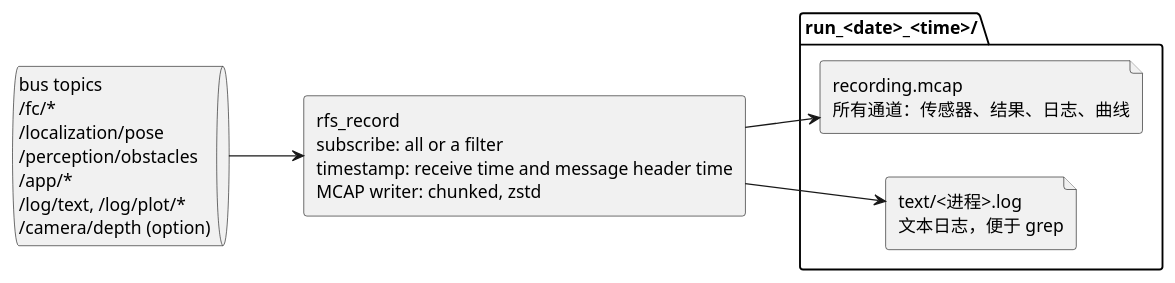
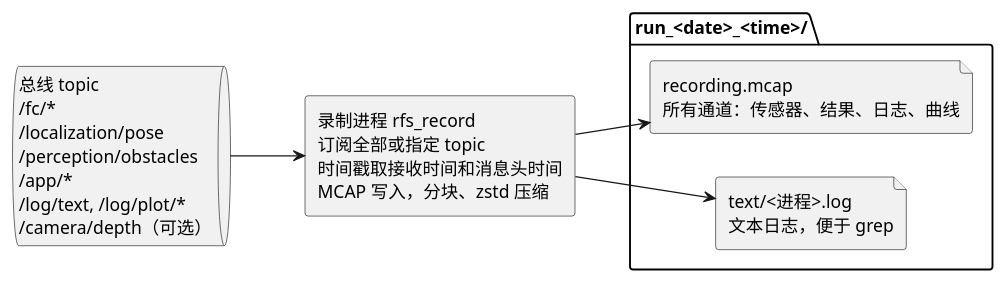
One commit to ravii/ruhnix-flight-system changed the diagram in docs/diagrams/applog-recording.puml. Above: the diagram before and after it, drawn with PlantUML. The commit also changed 12 other files, not shown here.

First line of the commit message:
docs: Chinese PlantUML diagrams without ":" in element names

```diff
--- a/docs/diagrams/applog-recording.puml
+++ b/docs/diagrams/applog-recording.puml
@@ -1,17 +1,17 @@
 @startuml
 ' rfs-diagram: applog-recording
 skinparam componentStyle rectangle
 skinparam shadowing false
 
 left to right direction
-queue "bus topics\n/fc/*\n/localization/pose\n/perception/obstacles\n/app/*\n/log/text, /log/plot/*\n/camera/depth (option)" as TOPICS
-component "rfs_record\nsubscribe: all or a filter\ntimestamp: receive time and message header time\nMCAP writer: chunked, zstd" as REC
+queue "总线 topic\n/fc/*\n/localization/pose\n/perception/obstacles\n/app/*\n/log/text, /log/plot/*\n/camera/depth（可选）" as TOPICS
+component "录制进程 rfs_record\n订阅全部或指定 topic\n时间戳取接收时间和消息头时间\nMCAP 写入，分块、zstd 压缩" as REC
 folder "run_<date>_<time>/" {
   file "recording.mcap\n所有通道：传感器、结果、日志、曲线" as MCAP
   file "text/<进程>.log\n文本日志，便于 grep" as LOGS
 }
 
 TOPICS --> REC
 REC --> MCAP
 REC --> LOGS
 @enduml
```
